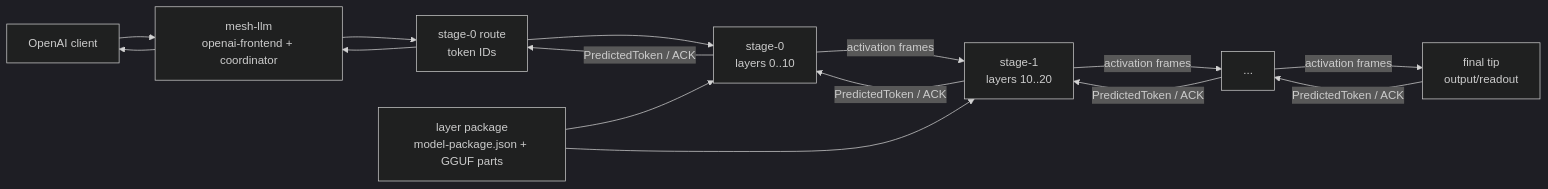
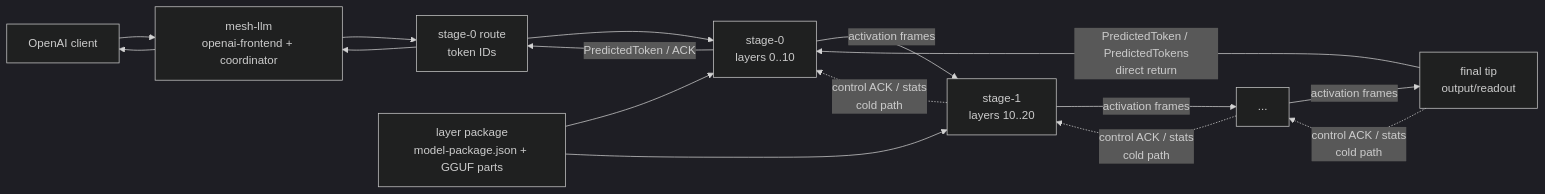
The first of 3 diagrams in crates/skippy-server/README.md (CJCShadowsan/hydra), drawn with Mermaid (dark theme) before and after one commit. The commit also changed other lines of this file and 12 other files, not shown here.

````diff
--- a/crates/skippy-server/README.md
+++ b/crates/skippy-server/README.md
@@ -22,18 +25,20 @@
 ```mermaid
 flowchart LR
     C["OpenAI client"] --> Mesh["mesh-llm<br/>openai-frontend + coordinator"]
     Mesh --> D["stage-0 route<br/>token IDs"]
     D --> S0["stage-0<br/>layers 0..10"]
     S0 -->|activation frames| S1["stage-1<br/>layers 10..20"]
     S1 -->|activation frames| S2["..."]
     S2 -->|activation frames| SF["final tip<br/>output/readout"]
-    SF -->|PredictedToken / ACK| S2
-    S2 -->|PredictedToken / ACK| S1
-    S1 -->|PredictedToken / ACK| S0
+    SF -->|PredictedToken / PredictedTokens<br/>direct return| S0
     S0 -->|PredictedToken / ACK| D
     D --> Mesh
     Mesh --> C
 
+    SF -.->|control ACK / stats<br/>cold path| S2
+    S2 -.->|control ACK / stats<br/>cold path| S1
+    S1 -.->|control ACK / stats<br/>cold path| S0
+
     P["layer package<br/>model-package.json + GGUF parts"] --> S0
     P --> S1
 ```
````
